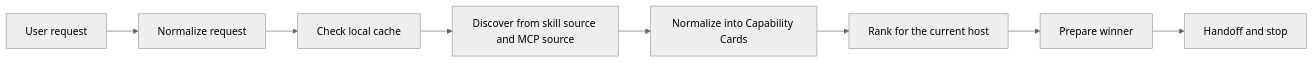
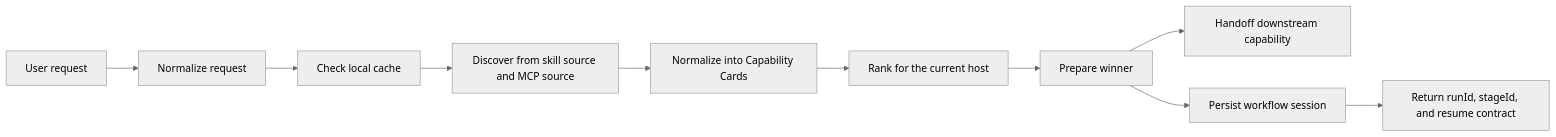
The diagram in README.md (monkeyin92/skills-broker), drawn with Mermaid (neutral theme) before and after one commit. The commit also changed other lines of this file and 22 other files, not shown here.

````diff
--- a/README.md
+++ b/README.md
@@ -122,10 +129,12 @@
 ```mermaid
 flowchart LR
   U["User request"] --> N["Normalize request"]
   N --> C["Check local cache"]
   C --> D["Discover from skill source and MCP source"]
   D --> K["Normalize into Capability Cards"]
   K --> R["Rank for the current host"]
   R --> P["Prepare winner"]
-  P --> H["Handoff and stop"]
+  P --> H["Handoff downstream capability"]
+  P --> W["Persist workflow session"]
+  W --> S["Return runId, stageId, and resume contract"]
 ```
````
